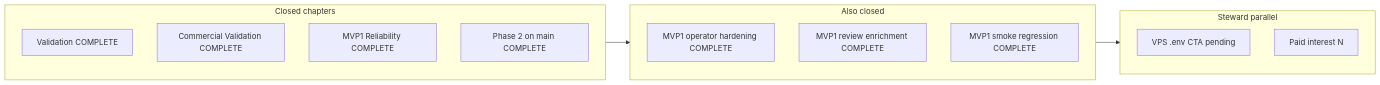
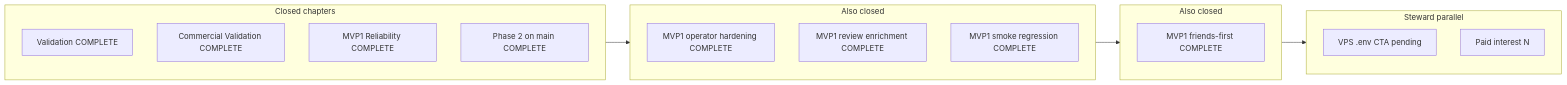
Before and after one commit to DanielTabakman/Probability-prediction-engine: the diagram in docs/SOP/PPE_INTEGRATED_STATUS.md, drawn with Mermaid. The commit also changed other lines of this file and 13 other files, not shown here.

Commit message:
MVP1-FriendsFirst: above-fold screen polish + vision import (product-plane)

````diff
--- a/docs/SOP/PPE_INTEGRATED_STATUS.md
+++ b/docs/SOP/PPE_INTEGRATED_STATUS.md
@@ -12,20 +12,24 @@
 ```mermaid
 flowchart LR
   subgraph closed [Closed chapters]
     V[Validation COMPLETE]
     C[Commercial Validation COMPLETE]
     R[MVP1 Reliability COMPLETE]
     P2[Phase 2 on main COMPLETE]
   end
   subgraph steward [Steward parallel]
     ENV[VPS .env CTA pending]
     PI[Paid interest N]
   end
   subgraph closed2 [Also closed]
     OH[MVP1 operator hardening COMPLETE]
     RE[MVP1 review enrichment COMPLETE]
     SR[MVP1 smoke regression COMPLETE]
   end
   closed --> closed2
-  closed2 --> steward
+  subgraph closed3 [Also closed]
+    FF[MVP1 friends-first COMPLETE]
+  end
+  closed2 --> closed3
+  closed3 --> steward
 ```
````
